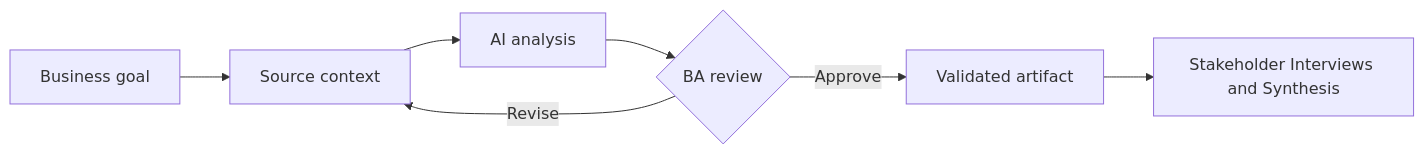
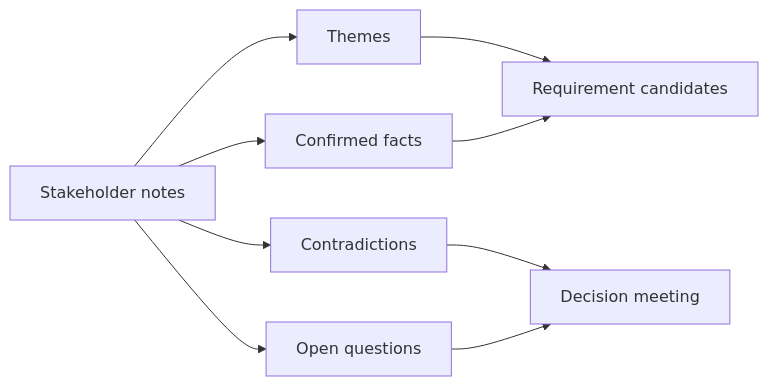
The diagram in docs/en/lessons/stakeholder-interviews-and-synthesis/index.md (anhtnt90dev/ai-for-ba), drawn with Mermaid before and after one commit. The commit also changed other lines of this file and 64 other files, not shown here.

````diff
--- a/docs/en/lessons/stakeholder-interviews-and-synthesis/index.md
+++ b/docs/en/lessons/stakeholder-interviews-and-synthesis/index.md
@@ -39,9 +38,11 @@
 ```mermaid
 flowchart LR
-    A["Business goal"] --> B["Source context"]
-    B --> C["AI analysis"]
-    C --> D{"BA review"}
-    D -->|"Revise"| B
-    D -->|"Approve"| E["Validated artifact"]
-    E --> F["Stakeholder Interviews and Synthesis"]
+    A["Stakeholder notes"] --> B["Themes"]
+    A --> C["Confirmed facts"]
+    A --> D["Contradictions"]
+    A --> E["Open questions"]
+    B --> F["Requirement candidates"]
+    C --> F
+    D --> G["Decision meeting"]
+    E --> G
 ```
````
